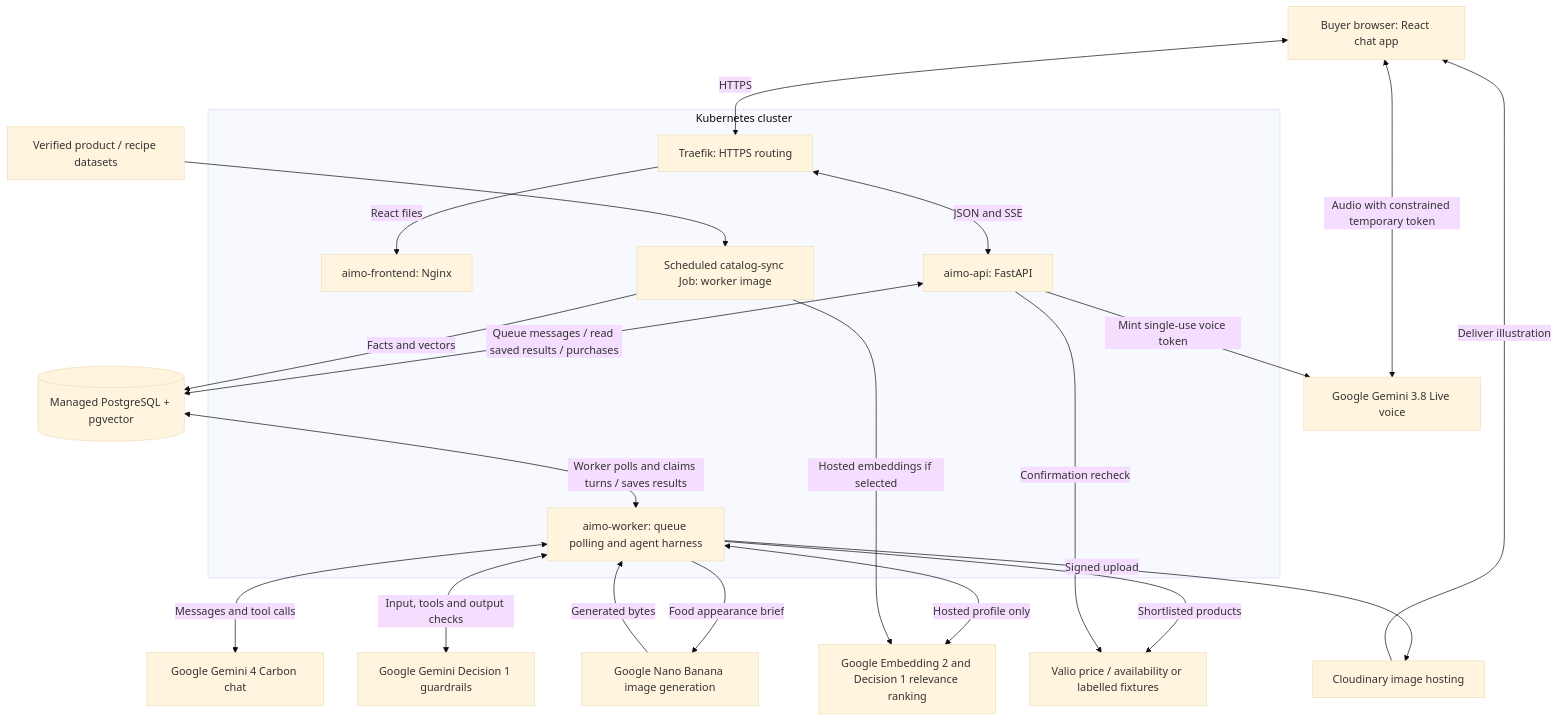
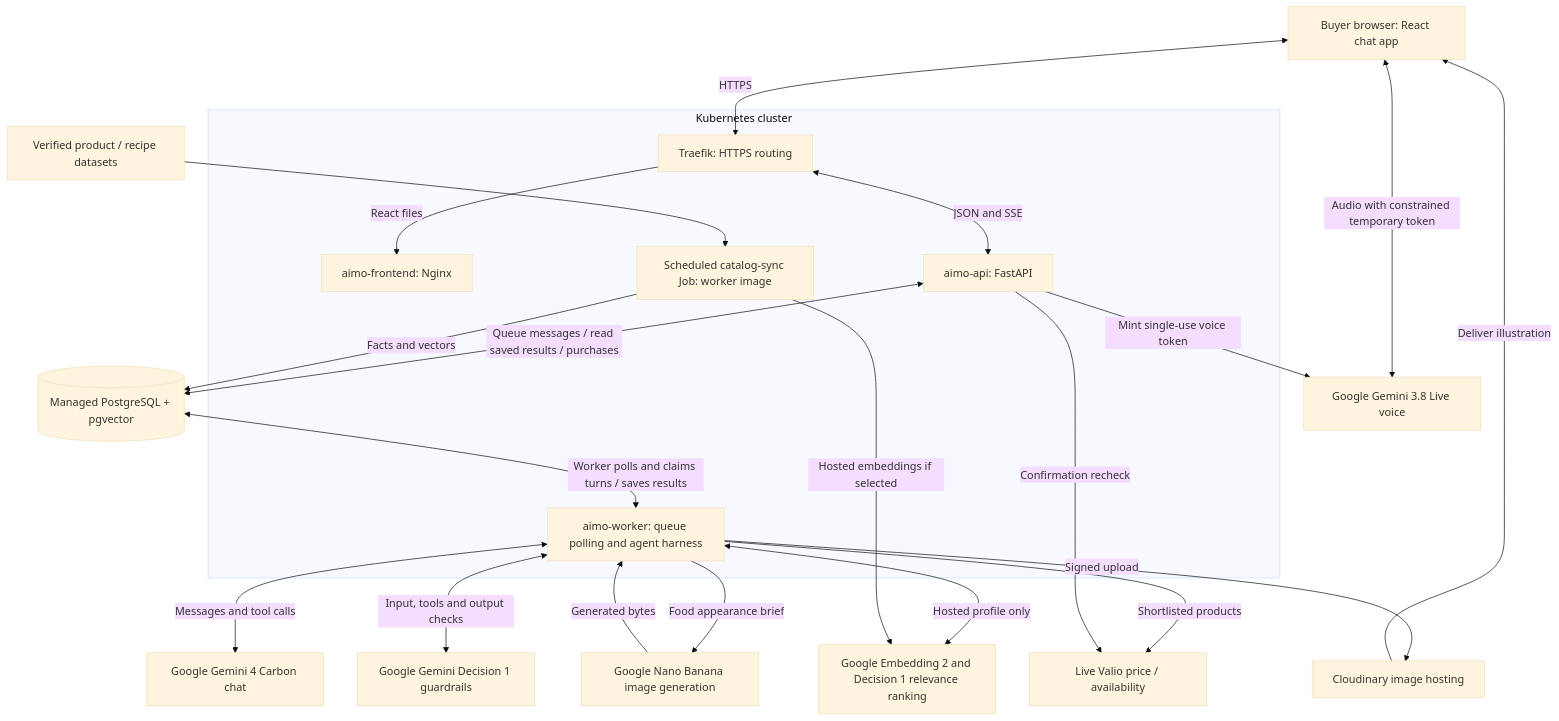
One commit to Junction-Best-Team/Main-Application changed the first of 4 diagrams in docs/architecture.md. Above: the diagram before and after it, drawn with Mermaid (base theme). The commit also changed other lines of this file and 17 other files, not shown here.

````diff
--- a/docs/architecture.md
+++ b/docs/architecture.md
@@ -14,40 +14,40 @@
 ```mermaid
 flowchart TB
     Buyer[Buyer browser: React chat app]
     subgraph Cluster[Kubernetes cluster]
         Ingress[Traefik: HTTPS routing]
         Frontend[aimo-frontend: Nginx]
         API[aimo-api: FastAPI]
         Worker[aimo-worker: queue polling and agent harness]
         Importer[Scheduled catalog-sync Job: worker image]
     end
     DB[(Managed PostgreSQL + pgvector)]
     Provider[Google Gemini 4 Carbon chat]
     Jev[Google Gemini Decision 1 guardrails]
     HostedSearch[Google Embedding 2 and Decision 1 relevance ranking]
     Images[Google Nano Banana image generation]
     CDN[Cloudinary image hosting]
     Voice[Google Gemini 3.8 Live voice]
-    Supplier[Valio price / availability or labelled fixtures]
+    Supplier[Live Valio price / availability]
     Catalog[Verified product / recipe datasets]
 
     Buyer <-->|HTTPS| Ingress
     Ingress -->|React files| Frontend
     Ingress <-->|JSON and SSE| API
     API <-->|Queue messages / read saved results / purchases| DB
     DB <-->|Worker polls and claims turns / saves results| Worker
     Worker <-->|Messages and tool calls| Provider
     Worker <-->|Input, tools and output checks| Jev
     Worker <-->|Hosted profile only| HostedSearch
     Worker -->|Food appearance brief| Images
     Images -->|Generated bytes| Worker
     Worker -->|Signed upload| CDN
     CDN -->|Deliver illustration| Buyer
     Buyer <-->|Audio with constrained temporary token| Voice
     API -->|Mint single-use voice token| Voice
     Worker -->|Shortlisted products| Supplier
     API -->|Confirmation recheck| Supplier
     Catalog --> Importer
     Importer -->|Facts and vectors| DB
     Importer -->|Hosted embeddings if selected| HostedSearch
 ```
````
